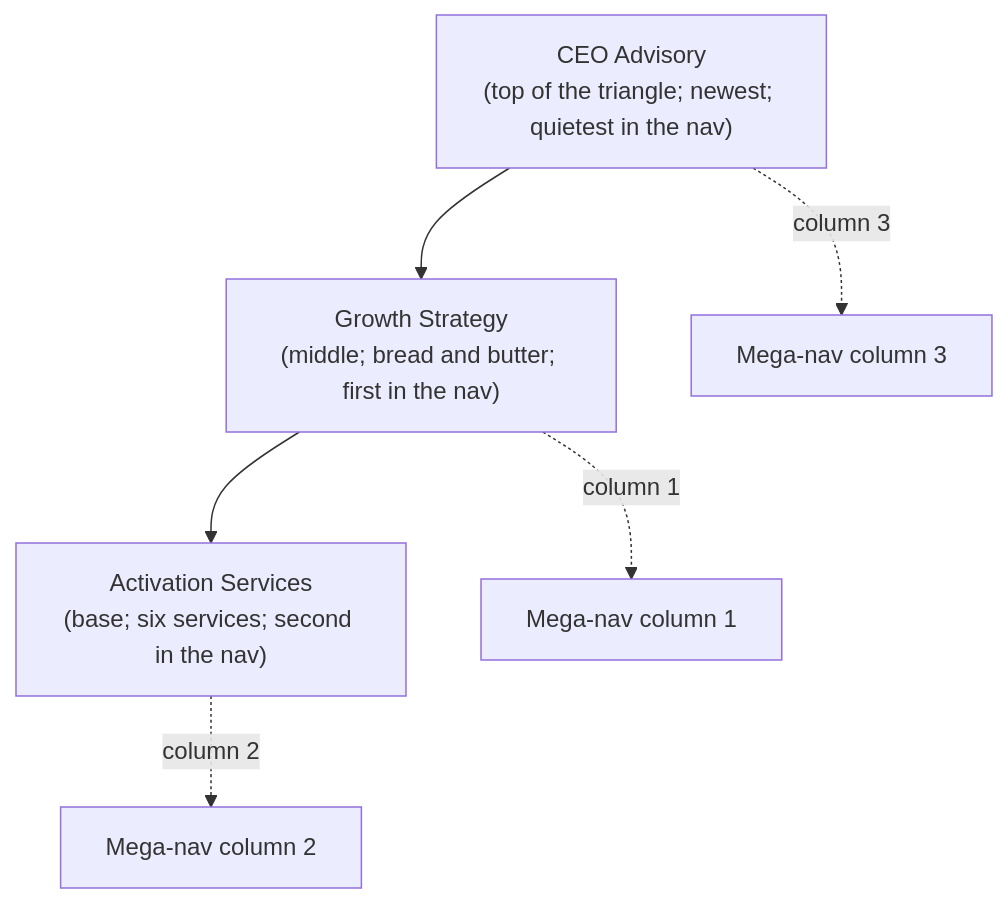
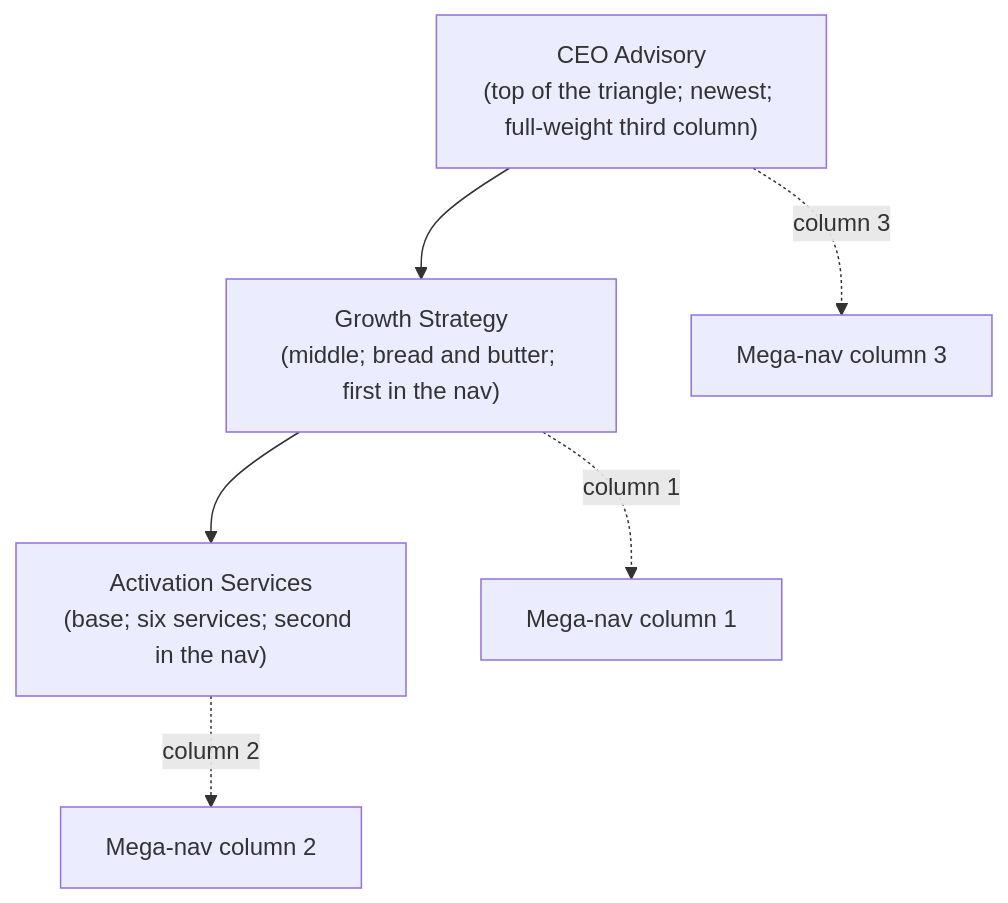
The third of 6 diagrams in docs/diagrams/mega-nav.md (gsdd/temp-manifesto-ia), drawn with Mermaid before and after one commit. The commit also changed other lines of this file and 57 other files, not shown here.

First line of the commit message:
Full-weight CEO pillar, strand subtitles, and page modules catalogue

````diff
--- a/docs/diagrams/mega-nav.md
+++ b/docs/diagrams/mega-nav.md
@@ -68,10 +68,10 @@
 ```mermaid
 flowchart TB
-    T1["CEO Advisory<br/>(top of the triangle; newest; quietest in the nav)"]
+    T1["CEO Advisory<br/>(top of the triangle; newest; full-weight third column)"]
     T2["Growth Strategy<br/>(middle; bread and butter; first in the nav)"]
     T3["Activation Services<br/>(base; six services; second in the nav)"]
     T1 --> T2 --> T3
     T2 -. "column 1" .-> N1["Mega-nav column 1"]
     T3 -. "column 2" .-> N2["Mega-nav column 2"]
     T1 -. "column 3" .-> N3["Mega-nav column 3"]
 ```
````
